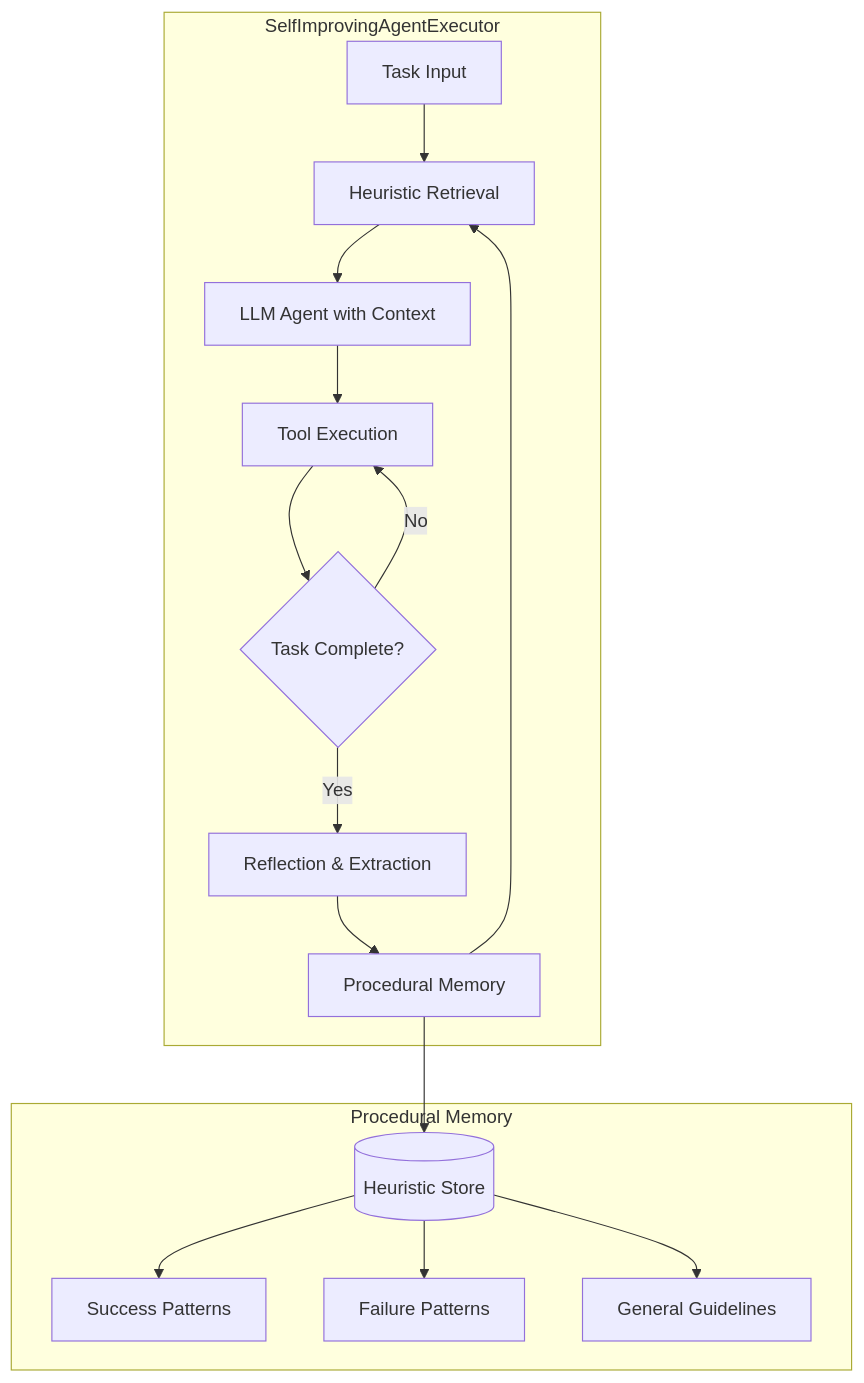
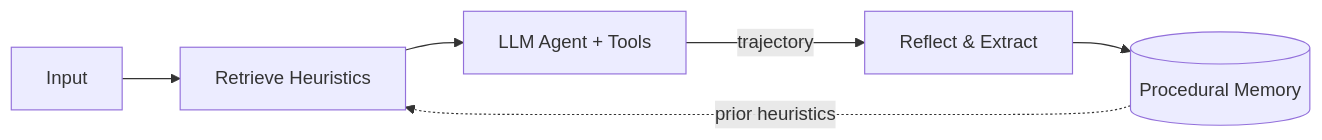
Before and after one commit to NullLabTests/langchain-meta-reflect: the diagram in README.md, drawn with Mermaid. The commit also changed other lines of this file and 14 other files, not shown here.

````diff
--- a/README.md
+++ b/README.md
@@ -49,25 +64,8 @@
 ```mermaid
-flowchart TD
-    subgraph "SelfImprovingAgentExecutor"
-        A[Task Input] --> B[Heuristic Retrieval]
-        B --> C[LLM Agent with Context]
-        C --> D[Tool Execution]
-        D --> E{Task Complete?}
-        E -->|No| D
-        E -->|Yes| F[Reflection & Extraction]
-        F --> G[Procedural Memory]
-        G --> B
-    end
-    
-    subgraph "Procedural Memory"
-        H[(Heuristic Store)]
-        I[Success Patterns]
-        J[Failure Patterns]
-        K[General Guidelines]
-    end
-    
-    G --> H
-    H --> I
-    H --> J
-    H --> K
+flowchart LR
+    Input --> Retrieve[Retrieve Heuristics]
+    Retrieve --> Agent[LLM Agent + Tools]
+    Agent -->|trajectory| Reflect[Reflect & Extract]
+    Reflect --> Store[(Procedural Memory)]
+    Store -.->|prior heuristics| Retrieve
 ```
````
